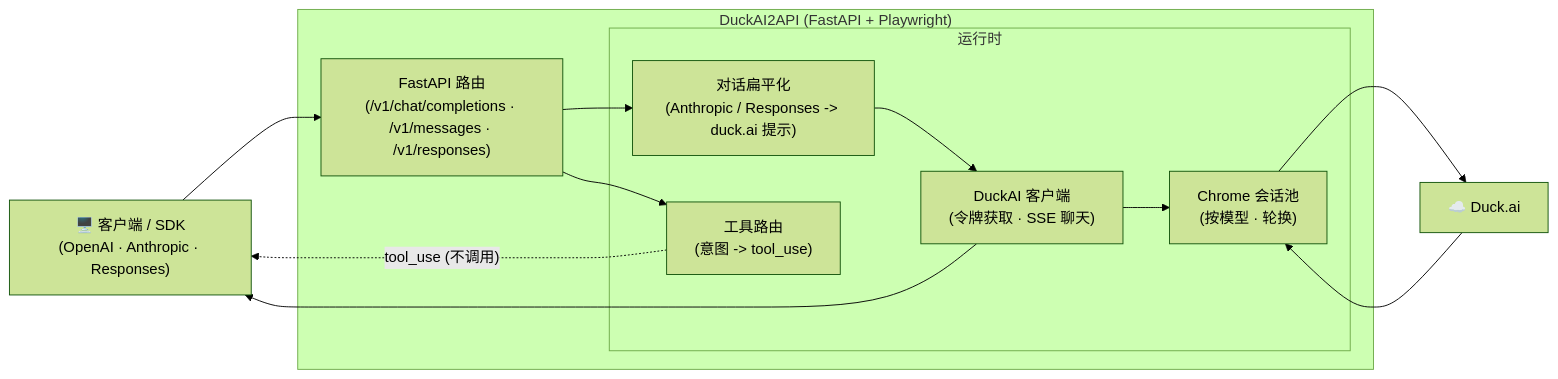
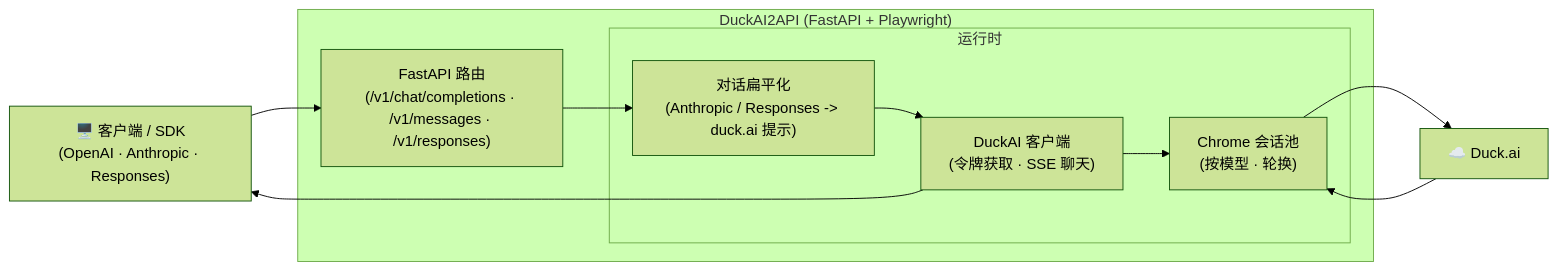
The diagram in README.zh.md (czpGhost/DuckAI2API), drawn with Mermaid (forest theme) before and after one commit. The commit also changed other lines of this file and 1 other file, not shown here.

Commit message:
docs: drop tool-router node from arch diagram; fix star-history (GitHub API restriction note)

````diff
--- a/README.zh.md
+++ b/README.zh.md
@@ -48,26 +48,23 @@
 ```mermaid
 flowchart LR
     Client["🖥️ 客户端 / SDK\n(OpenAI · Anthropic · Responses)"]
     Upstream["☁️ Duck.ai"]
 
     subgraph DuckAI2API["DuckAI2API (FastAPI + Playwright)"]
         Router["FastAPI 路由\n(/v1/chat/completions · /v1/messages · /v1/responses)"]
 
         subgraph Core["运行时"]
             Conv["对话扁平化\n(Anthropic / Responses -> duck.ai 提示)"]
-            Router2["工具路由\n(意图 -> tool_use)"]
             Client2["DuckAI 客户端\n(令牌获取 · SSE 聊天)"]
             Pool["Chrome 会话池\n(按模型 · 轮换)"]
         end
     end
 
     Client --> Router
     Router --> Conv
-    Router --> Router2
     Conv --> Client2
-    Router2 -. tool_use (不调用) .-> Client
     Client2 --> Pool
     Pool --> Upstream
     Upstream --> Pool
     Client2 --> Client
 ```
````
